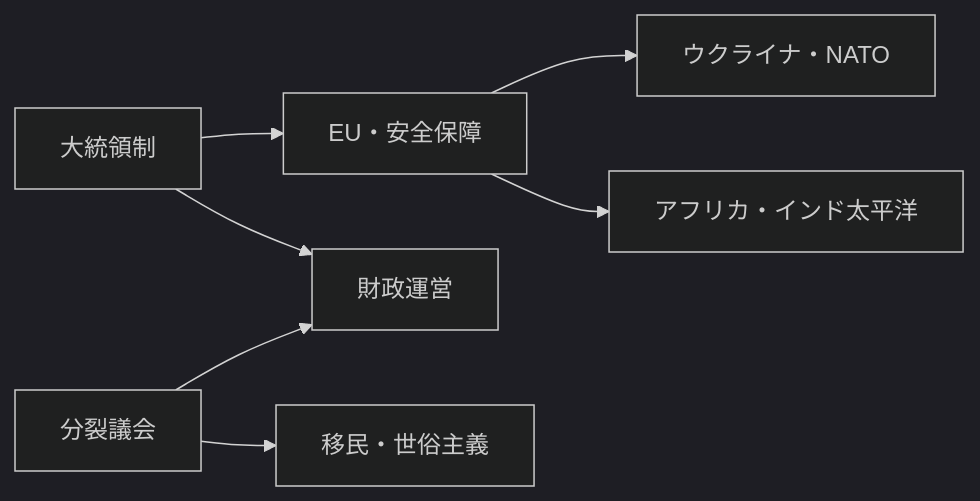
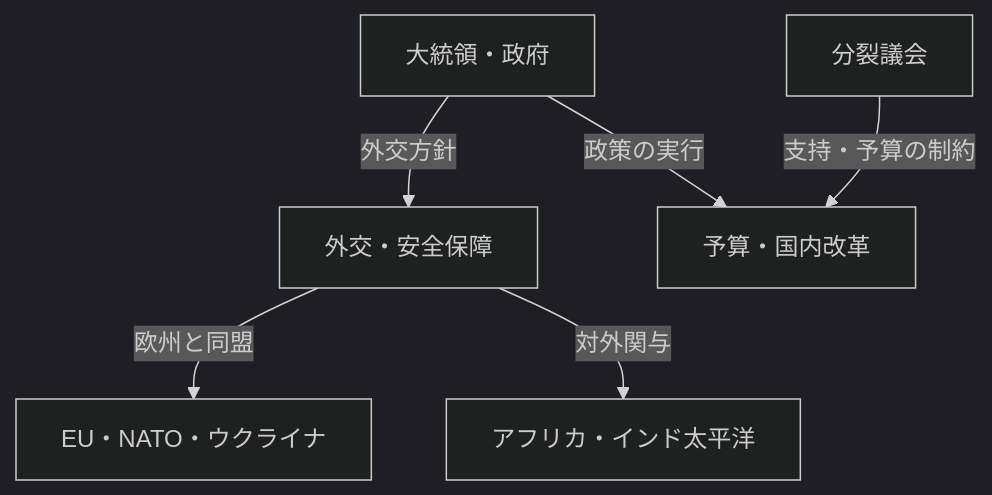
The first of 2 diagrams in articles/report/france-geopolitical-profile/ja/index.mdx (daylight55/research), drawn with Mermaid (dark theme) before and after one commit. The commit also changed other lines of this file and 181 other files, not shown here.

First line of the commit message:
全記事の図解368点を再生成し、共通注意書きを削除 (#402)

````diff
--- a/articles/report/france-geopolitical-profile/ja/index.mdx
+++ b/articles/report/france-geopolitical-profile/ja/index.mdx
@@ -28,9 +28,16 @@
 ```mermaid
-flowchart LR
-  A["大統領制"] --> B["EU・安全保障"]
-  A --> C["財政運営"]
-  D["分裂議会"] --> C
-  D --> E["移民・世俗主義"]
-  B --> F["ウクライナ・NATO"]
-  B --> G["アフリカ・インド太平洋"]
+flowchart TD
+  accTitle: フランスの大統領権限と議会・財政制約
+  accDescr: 外交・安全保障の裁量と、分裂議会の下での予算・国内改革を分けて読む。
+  N0["大統領・政府"]
+  N1["外交・安全保障"]
+  N2["分裂議会"]
+  N3["予算・国内改革"]
+  N4["EU・NATO・ウクライナ"]
+  N5["アフリカ・インド太平洋"]
+  N0 -->|外交方針| N1
+  N0 -->|政策の実行| N3
+  N2 -->|支持・予算の制約| N3
+  N1 -->|欧州と同盟| N4
+  N1 -->|対外関与| N5
 ```
````
